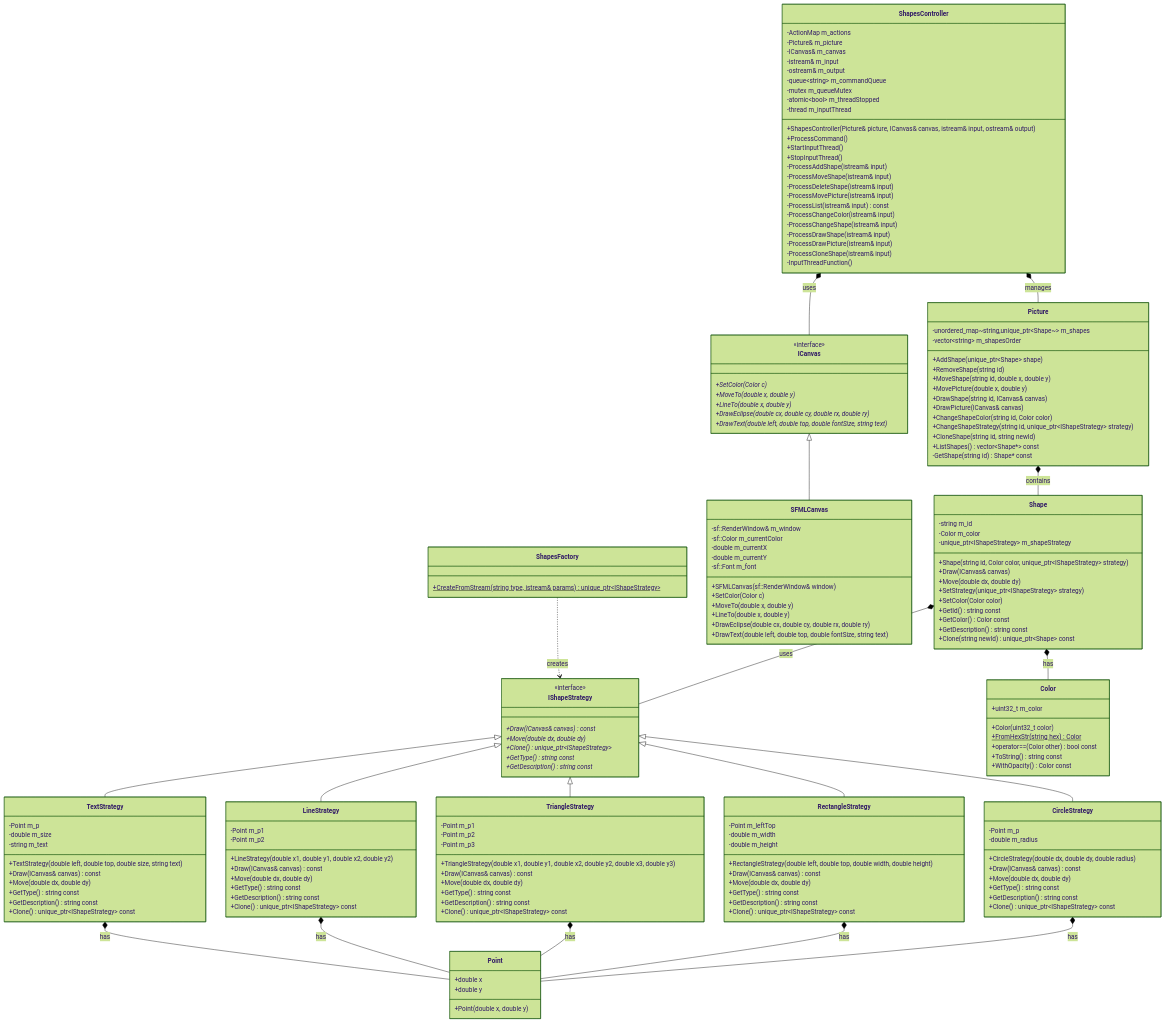
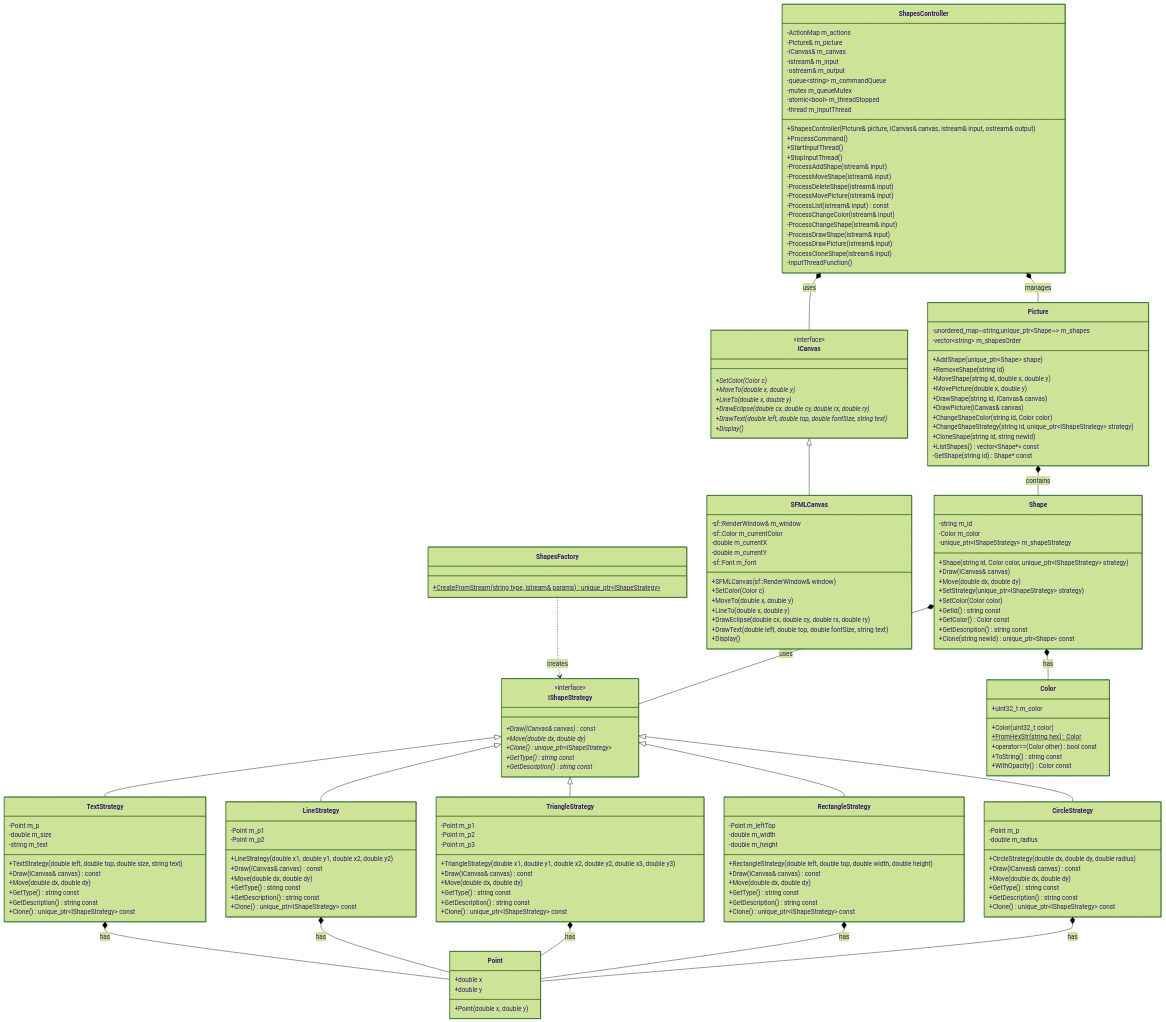
Before and after one commit to alozhka/ood: the diagram in lw1/Shapes/diagram.md, drawn with Mermaid (forest theme). The commit also changed 5 other files, not shown here.

```diff
--- a/lw1/Shapes/diagram.md
+++ b/lw1/Shapes/diagram.md
@@ -10,6 +10,7 @@
         +LineTo(double x, double y)*
         +DrawEclipse(double cx, double cy, double rx, double ry)*
         +DrawText(double left, double top, double fontSize, string text)*
+        +Display()*
     }
 
     class IShapeStrategy {
@@ -141,6 +142,7 @@
         +LineTo(double x, double y)
         +DrawEclipse(double cx, double cy, double rx, double ry)
         +DrawText(double left, double top, double fontSize, string text)
+        +Display()
     }
 
     %% Controller and Factory
```
